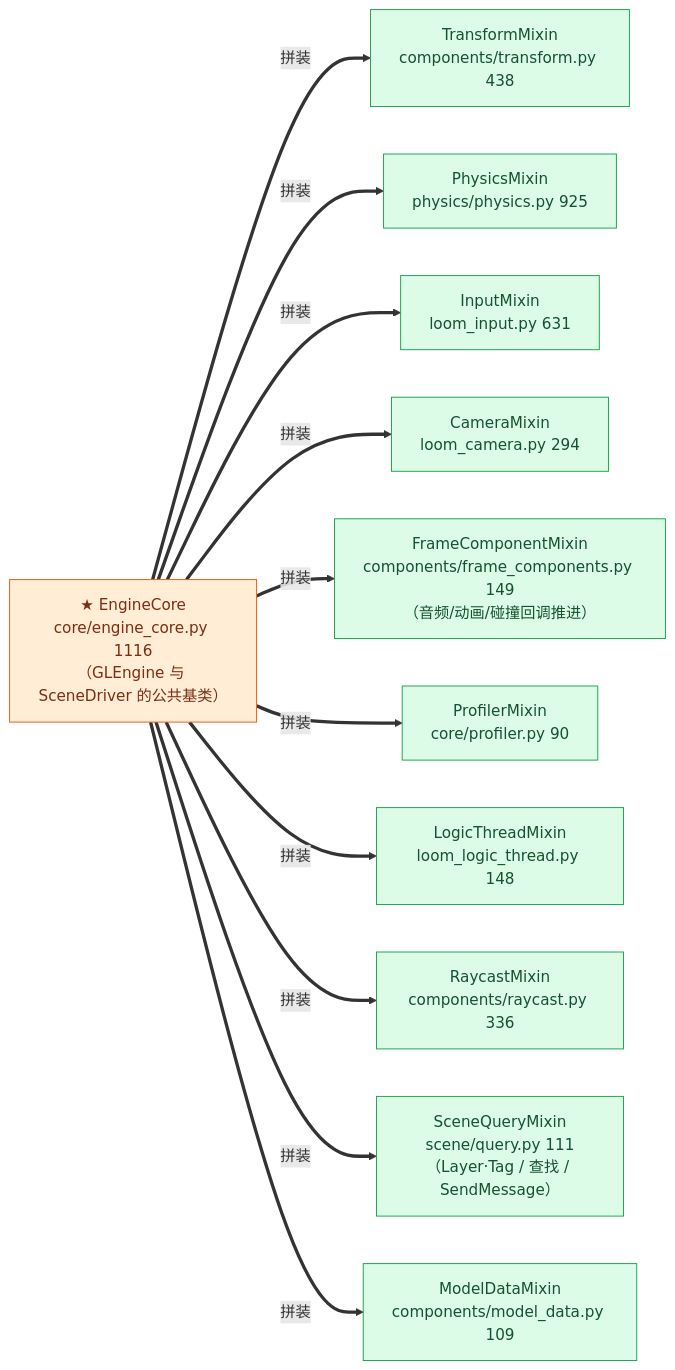
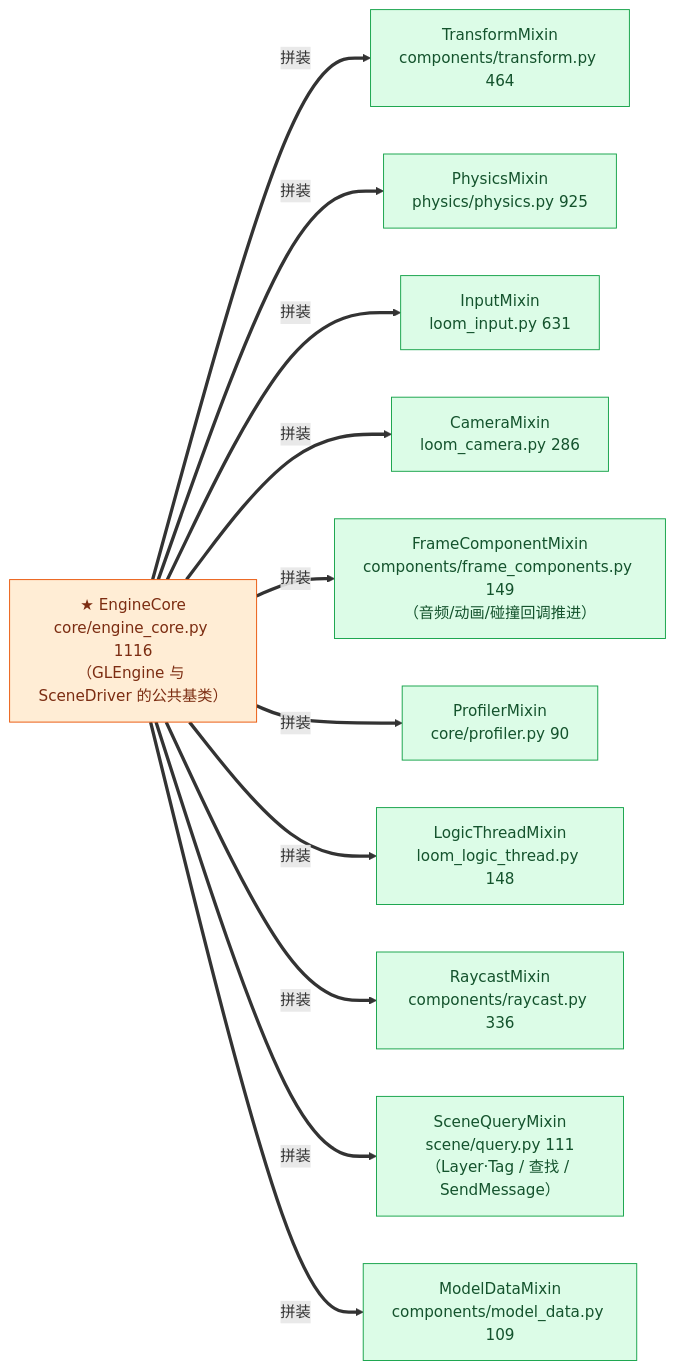
Before and after one commit to lhy302/WeaveEngine: the third of 23 diagrams in ARCHITECTURE.md, drawn with Mermaid. The commit also changed other lines of this file, not shown here.

Commit message:
B7-56/B7-57 架构图同步: GUI 全量命令化(7dc6c5b/757071e)+相机挂相机(edf1336) 后按实测刷新 图1/2/2a/2b/4/7/8/11/13/15/16/19 + 横幅 e397c11

````diff
--- a/ARCHITECTURE.md
+++ b/ARCHITECTURE.md
@@ -192,26 +201,26 @@
 ```mermaid
 flowchart LR
   K["★ EngineCore<br/>core/engine_core.py 1116<br/>（GLEngine 与 SceneDriver 的公共基类）"]:::contract
-  S1["TransformMixin<br/>components/transform.py 438"]:::impl
+  S1["TransformMixin<br/>components/transform.py 464"]:::impl
   S2["PhysicsMixin<br/>physics/physics.py 925"]:::impl
   S3["InputMixin<br/>loom_input.py 631"]:::impl
-  S4["CameraMixin<br/>loom_camera.py 294"]:::impl
+  S4["CameraMixin<br/>loom_camera.py 286"]:::impl
   S5["FrameComponentMixin<br/>components/frame_components.py 149<br/>（音频/动画/碰撞回调推进）"]:::impl
   S6["ProfilerMixin<br/>core/profiler.py 90"]:::impl
   S7["LogicThreadMixin<br/>loom_logic_thread.py 148"]:::impl
   S8["RaycastMixin<br/>components/raycast.py 336"]:::impl
   S9["SceneQueryMixin<br/>scene/query.py 111<br/>（Layer·Tag / 查找 / SendMessage）"]:::impl
   S10["ModelDataMixin<br/>components/model_data.py 109"]:::impl
   K ==>|拼装| S1
   K ==>|拼装| S2
   K ==>|拼装| S3
   K ==>|拼装| S4
   K ==>|拼装| S5
   K ==>|拼装| S6
   K ==>|拼装| S7
   K ==>|拼装| S8
   K ==>|拼装| S9
   K ==>|拼装| S10
   classDef contract fill:#ffedd5,stroke:#ea580c,color:#7c2d12
   classDef impl fill:#dcfce7,stroke:#16a34a,color:#14532d
 ```
````
